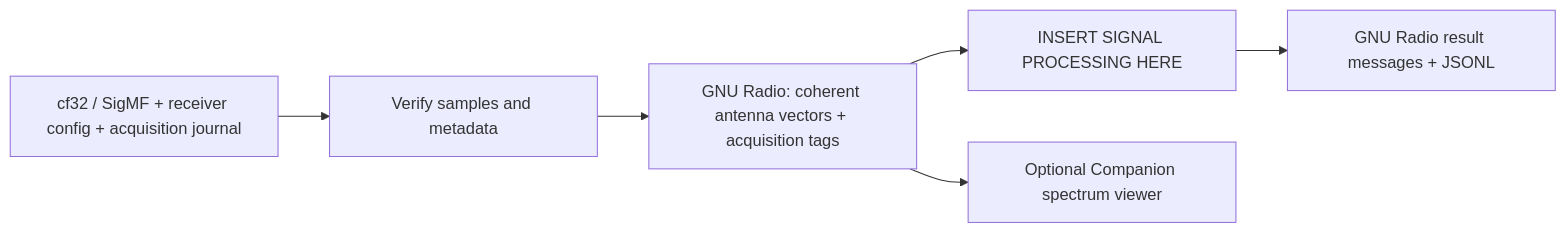
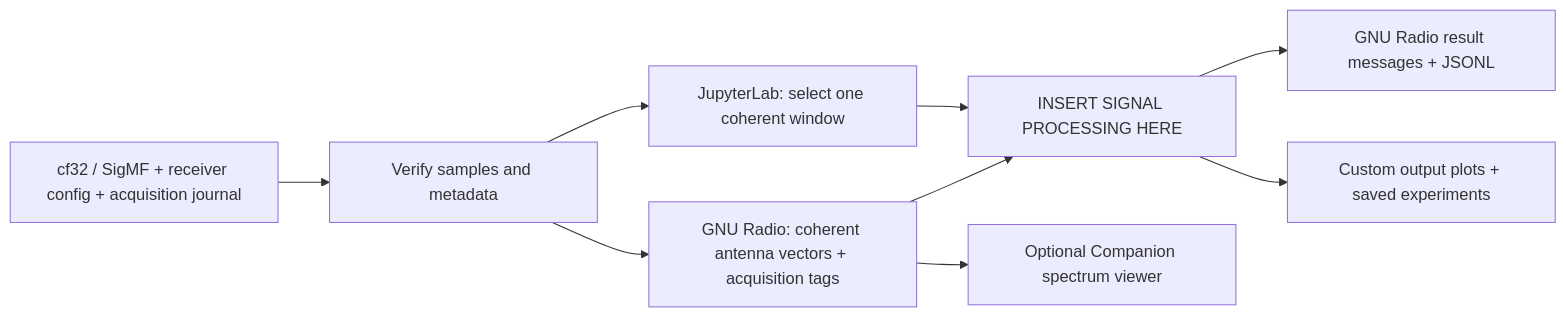
One commit to wa200508/RF-Skill-Harness changed the diagram in README.md. Above: the diagram before and after it, drawn with Mermaid. The commit also changed other lines of this file and 18 other files, not shown here.

Commit message:
Add JupyterLab window-processing workbench and editable plotting hooks

````diff
--- a/README.md
+++ b/README.md
@@ -7,8 +8,11 @@
 ```mermaid
 flowchart LR
   A["cf32 / SigMF + receiver config + acquisition journal"] --> B["Verify samples and metadata"]
   B --> C["GNU Radio: coherent antenna vectors + acquisition tags"]
+  B --> N["JupyterLab: select one coherent window"]
   C --> D["INSERT SIGNAL PROCESSING HERE"]
+  N --> D
   D --> E["GNU Radio result messages + JSONL"]
+  D --> P["Custom output plots + saved experiments"]
   C --> F["Optional Companion spectrum viewer"]
 ```
````
